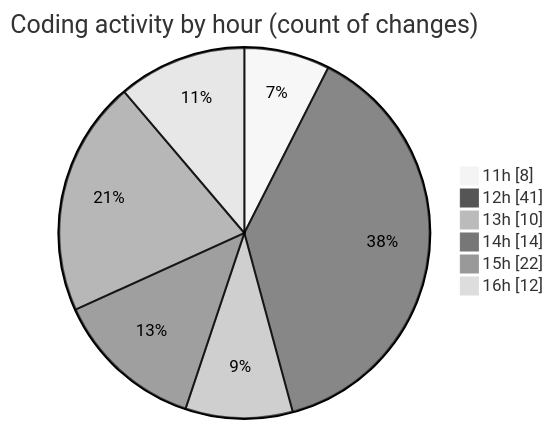
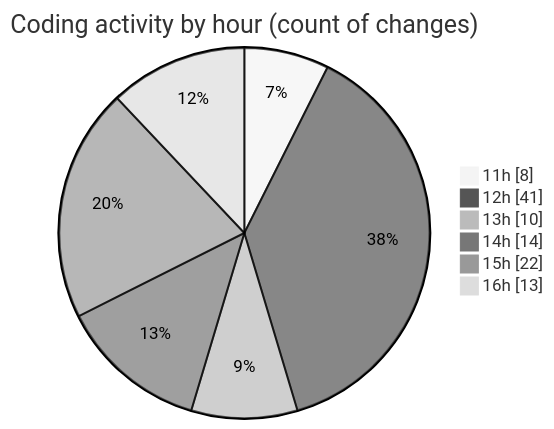
The second of 2 diagrams in 2025-05-04/project/README.md (BS-eng2023/code-tracking), drawn with Mermaid (neutral theme) before and after one commit. The commit also changed other lines of this file and 1 other file, not shown here.

````diff
--- a/2025-05-04/project/README.md
+++ b/2025-05-04/project/README.md
@@ -51,10 +51,10 @@
 ```mermaid
 pie showData
 title Coding activity by hour (count of changes)
 "11h" : 8
 "12h" : 41
 "13h" : 10
 "14h" : 14
 "15h" : 22
-"16h" : 12
+"16h" : 13
 ```
````
